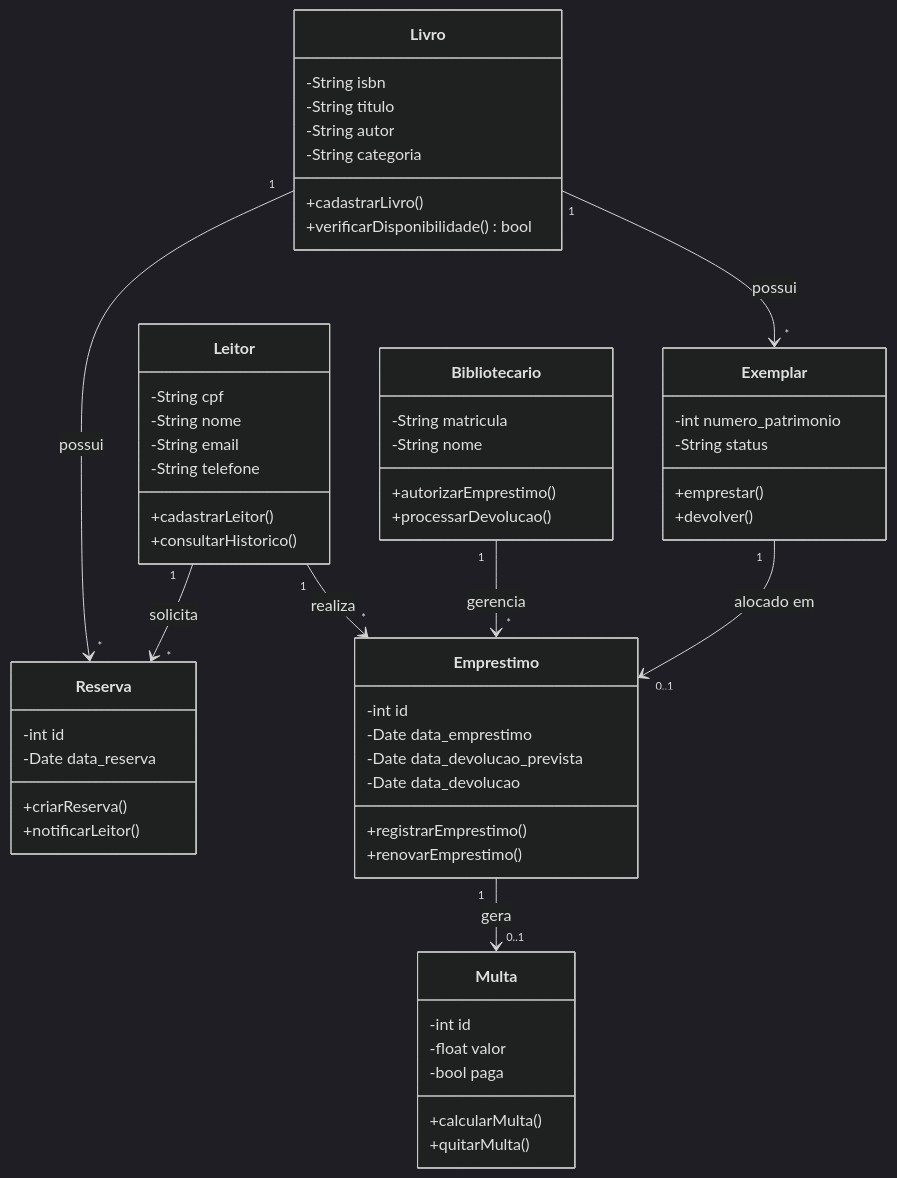
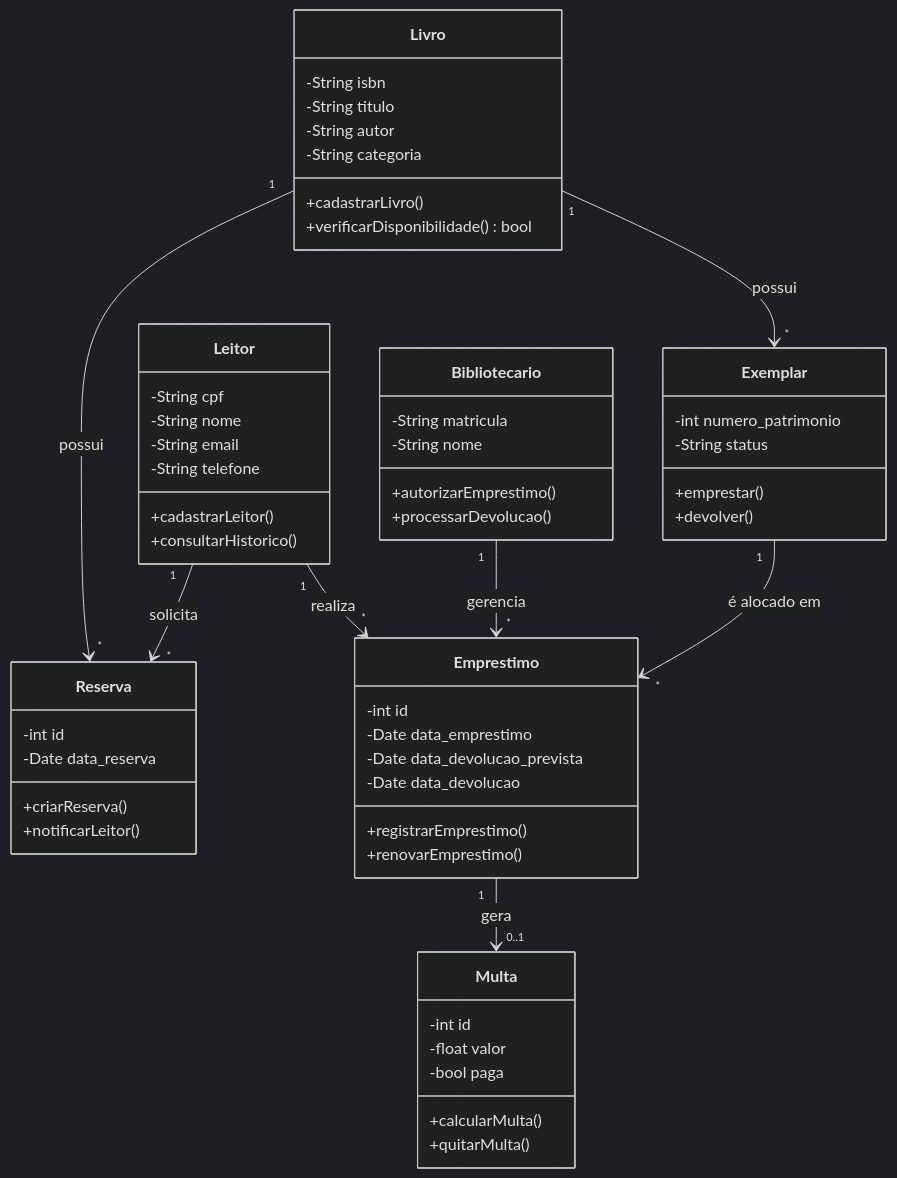
The first of 3 diagrams in modelagem-uml.md (lucasmzzz/es1-pratica-avaliada-2), drawn with Mermaid (dark theme) before and after one commit. The commit also changed 1 other file, not shown here.

Commit message:
fix: limpa formatacao do analise-design e corrige cardinalidade do UML

````diff
--- a/modelagem-uml.md
+++ b/modelagem-uml.md
@@ -5,66 +5,66 @@
 ```mermaid
 classDiagram
     class Livro {
         -String isbn
         -String titulo
         -String autor
         -String categoria
         +cadastrarLivro()
         +verificarDisponibilidade() bool
     }
     
     class Exemplar {
         -int numero_patrimonio
         -String status
         +emprestar()
         +devolver()
     }
     
     class Leitor {
         -String cpf
         -String nome
         -String email
         -String telefone
         +cadastrarLeitor()
         +consultarHistorico()
     }
     
     class Emprestimo {
         -int id
         -Date data_emprestimo
         -Date data_devolucao_prevista
         -Date data_devolucao
         +registrarEmprestimo()
         +renovarEmprestimo()
     }
     
     class Reserva {
         -int id
         -Date data_reserva
         +criarReserva()
         +notificarLeitor()
     }
     
     class Multa {
         -int id
         -float valor
         -bool paga
         +calcularMulta()
         +quitarMulta()
     }
     
     class Bibliotecario {
         -String matricula
         -String nome
         +autorizarEmprestimo()
         +processarDevolucao()
     }
 
     Bibliotecario "1" --> "*" Emprestimo : gerencia
     Leitor "1" --> "*" Emprestimo : realiza
     Leitor "1" --> "*" Reserva : solicita
     Livro "1" --> "*" Exemplar : possui
-    Exemplar "1" --> "0..1" Emprestimo : alocado em
+    Exemplar "1" --> "*" Emprestimo : é alocado em
     Livro "1" --> "*" Reserva : possui
     Emprestimo "1" --> "0..1" Multa : gera
 ```
````
